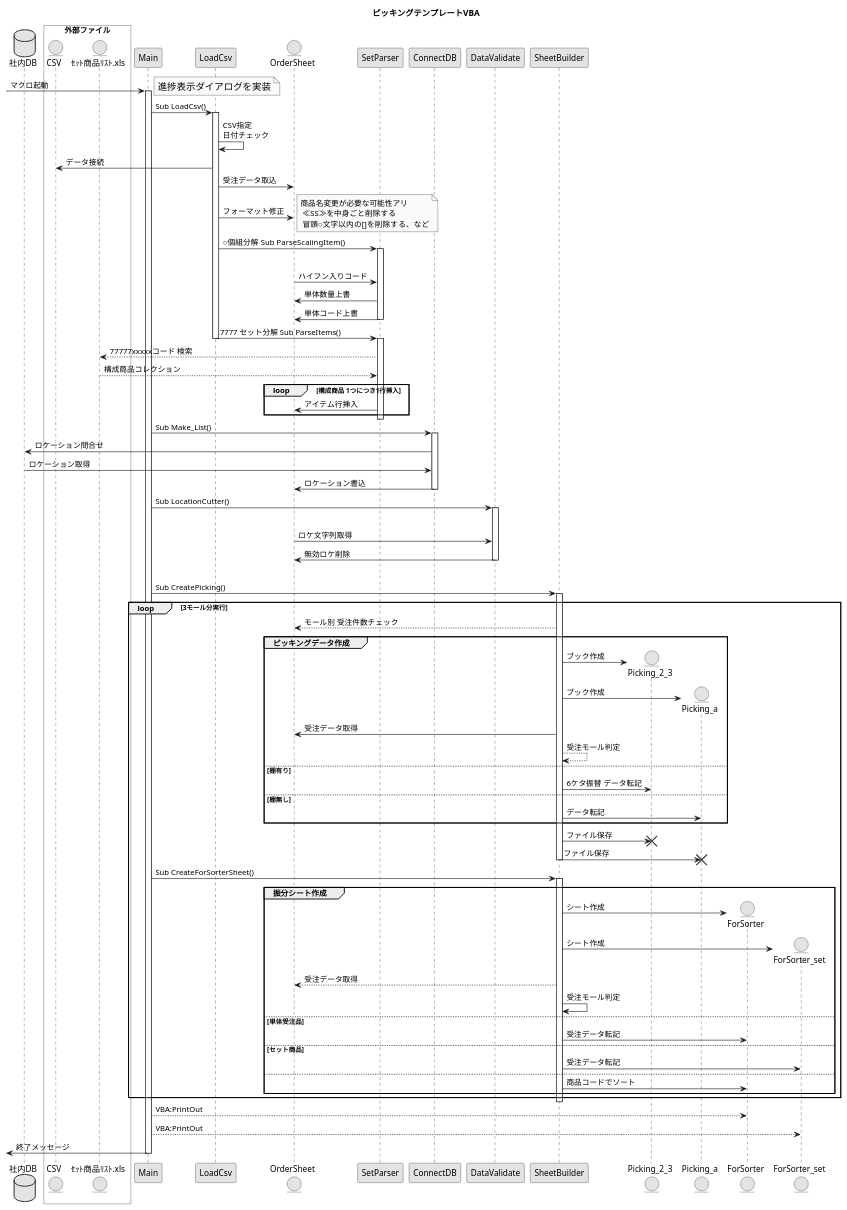
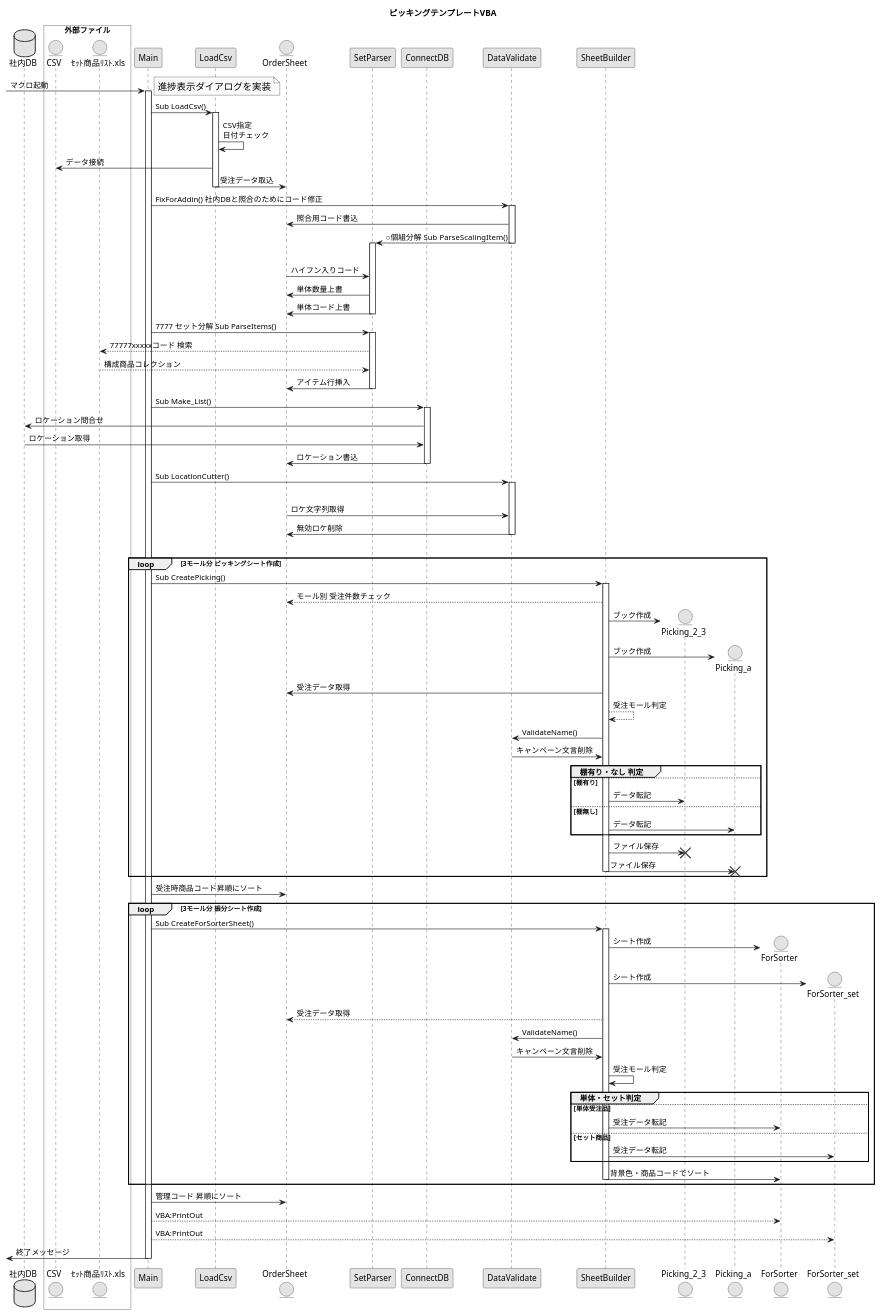
The diagram in picking_create_vba.puml (akiya64/back-yard-macros), drawn with PlantUML before and after one commit. The commit also changed 11 other files, not shown here.

```diff
--- a/picking_create_vba.puml
+++ b/picking_create_vba.puml
@@ -1,160 +1,169 @@
 @startuml picking_create_vba
 
 skinparam monochrome true
 skinparam packageFontSize 25
 
 title ピッキングテンプレートVBA
 
 database 社内DB
 
 box "外部ファイル" #white
     entity CSV
     entity ｾｯﾄ商品ﾘｽﾄ.xls
 end box
 
 participant Main
 
 [-> Main : マクロ起動
 activate Main
 
 note right
   <size:16>進捗表示ダイアログを実装</size>
 end note
 
 Main -> LoadCsv : Sub LoadCsv()
 activate LoadCsv
 
 LoadCsv -> LoadCsv : CSV指定\n日付チェック
 
 CSV <- LoadCsv : データ接続
 
 entity OrderSheet
 
 LoadCsv -> OrderSheet : 受注データ取込
-LoadCsv -> OrderSheet : フォーマット修正
+deactivate LoadCsv
+
+Main -> DataValidate : FixForAddin() 社内DBと照合のためにコード修正
+activate DataValidate
+DataValidate -> OrderSheet : 照合用コード書込
 
 participant SetParser
 
-note right
-    商品名変更が必要な可能性アリ
-     ≪SS≫を中身ごと削除する
-     冒頭○文字以内の[]を削除する、など
-end note
+DataValidate -> SetParser : ○個組分解 Sub ParseScalingItem()
 
-LoadCsv -> SetParser : ○個組分解 Sub ParseScalingItem()
+deactivate DataValidate
+
 |||
 activate SetParser
 
 SetParser <- OrderSheet : ハイフン入りコード
 SetParser -> OrderSheet : 単体数量上書
 SetParser -> OrderSheet : 単体コード上書
 deactivate SetParser
 
-LoadCsv -> SetParser : 7777 セット分解 Sub ParseItems()
-deactivate LoadCsv
+Main -> SetParser : 7777 セット分解 Sub ParseItems()
+
 activate SetParser
 
 ｾｯﾄ商品ﾘｽﾄ.xls <-- SetParser : 77777xxxxxコード 検索
 ｾｯﾄ商品ﾘｽﾄ.xls --> SetParser : 構成商品コレクション
 
-Loop 構成商品 1つにつき1行挿入
-    SetParser -> OrderSheet : アイテム行挿入
-end
+SetParser -> OrderSheet : アイテム行挿入
 
 deactivate SetParser
 
 Main -> ConnectDB : Sub Make_List()
 activate ConnectDB
 社内DB <- ConnectDB : ロケーション問合せ
 社内DB -> ConnectDB :ロケーション取得
 OrderSheet <- ConnectDB : ロケーション書込
 deactivate ConnectDB
 
 
 
 participant DataValidate
 
 Main -> DataValidate : Sub LocationCutter()
 
 activate DataValidate
 
 |||
 OrderSheet -> DataValidate :ロケ文字列取得
 OrderSheet <- DataValidate :無効ロケ削除
 deactivate DataValidate
 |||
 
 deactivate DataValidate
 
 participant SheetBuilder
 
+
+loop 3モール分 ピッキングシート作成
 Main -> SheetBuilder : Sub CreatePicking()
 activate SheetBuilder
-
-loop 3モール分実行
     
     OrderSheet <-- SheetBuilder : モール別 受注件数チェック
-
-    Group ピッキングデータ作成
 
         create entity Picking_2_3
         SheetBuilder -> Picking_2_3 : ブック作成
 
         create entity Picking_a
         SheetBuilder -> Picking_a : ブック作成
 
         OrderSheet <- SheetBuilder : 受注データ取得
 
         SheetBuilder --> SheetBuilder : 受注モール判定
 
+        DataValidate <- SheetBuilder : ValidateName()
+        DataValidate -> SheetBuilder : キャンペーン文言削除 
+ 
+        group 棚有り・なし 判定
         else 棚有り
-            SheetBuilder -> Picking_2_3 : 6ケタ振替 データ転記
+            SheetBuilder -> Picking_2_3 : データ転記
 
         else 棚無し
             SheetBuilder -> Picking_a : データ転記
-    end
+        end 
 
     SheetBuilder -> Picking_2_3 : ファイル保存
     destroy Picking_2_3
     SheetBuilder -> Picking_a : ファイル保存
     deactivate SheetBuilder
 
     destroy Picking_a
     deactivate SheetBuilder
+end
 
+Main -> OrderSheet : 受注時商品コード昇順にソート
 
+loop 3モール分 振分シート作成
     Main -> SheetBuilder : Sub CreateForSorterSheet()
-        Group 振分シート作成
+
         activate SheetBuilder
         create entity ForSorter
         SheetBuilder -> ForSorter : シート作成
         create entity ForSorter_set
         SheetBuilder -> ForSorter_set : シート作成
         OrderSheet <-- SheetBuilder : 受注データ取得
+
+        DataValidate <- SheetBuilder : ValidateName()
+        DataValidate -> SheetBuilder : キャンペーン文言削除 
+
         SheetBuilder -> SheetBuilder : 受注モール判定
 
-        else 単体受注品
+        group 単体・セット判定
+            else 単体受注品
 
-            SheetBuilder -> ForSorter : 受注データ転記
+                SheetBuilder -> ForSorter : 受注データ転記
         
-        else セット商品
+            else セット商品
 
             SheetBuilder -> ForSorter_set : 受注データ転記
-        else
+    
+        end 
 
-            SheetBuilder -> ForSorter : 商品コードでソート
-
-    end
+            SheetBuilder -> ForSorter : 背景色・商品コードでソート
+            deactivate SheetBuilder
 end
 
-deactivate SheetBuilder
+Main -> OrderSheet : 管理コード 昇順にソート
 
 Main --> ForSorter : VBA:PrintOut 
 Main --> ForSorter_set : VBA:PrintOut
 
 
 [<- Main : 終了メッセージ
 
 deactivate Main
 
 @enduml
```
